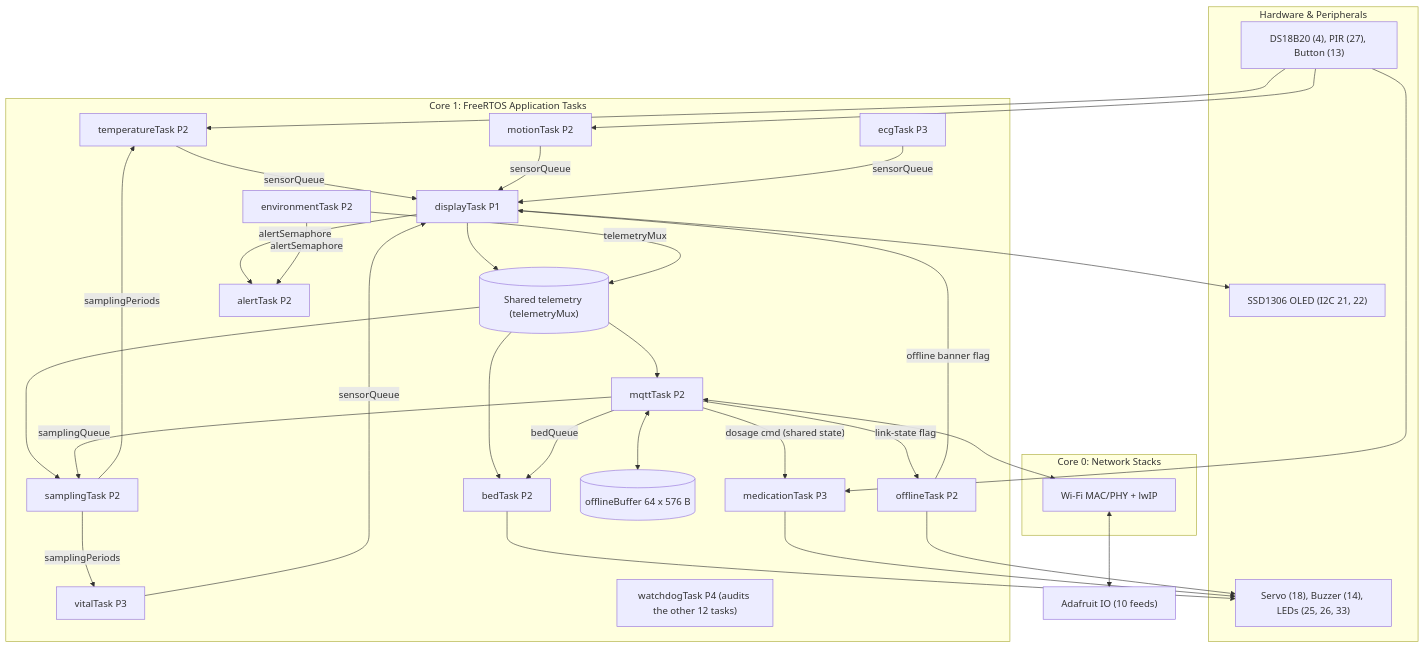
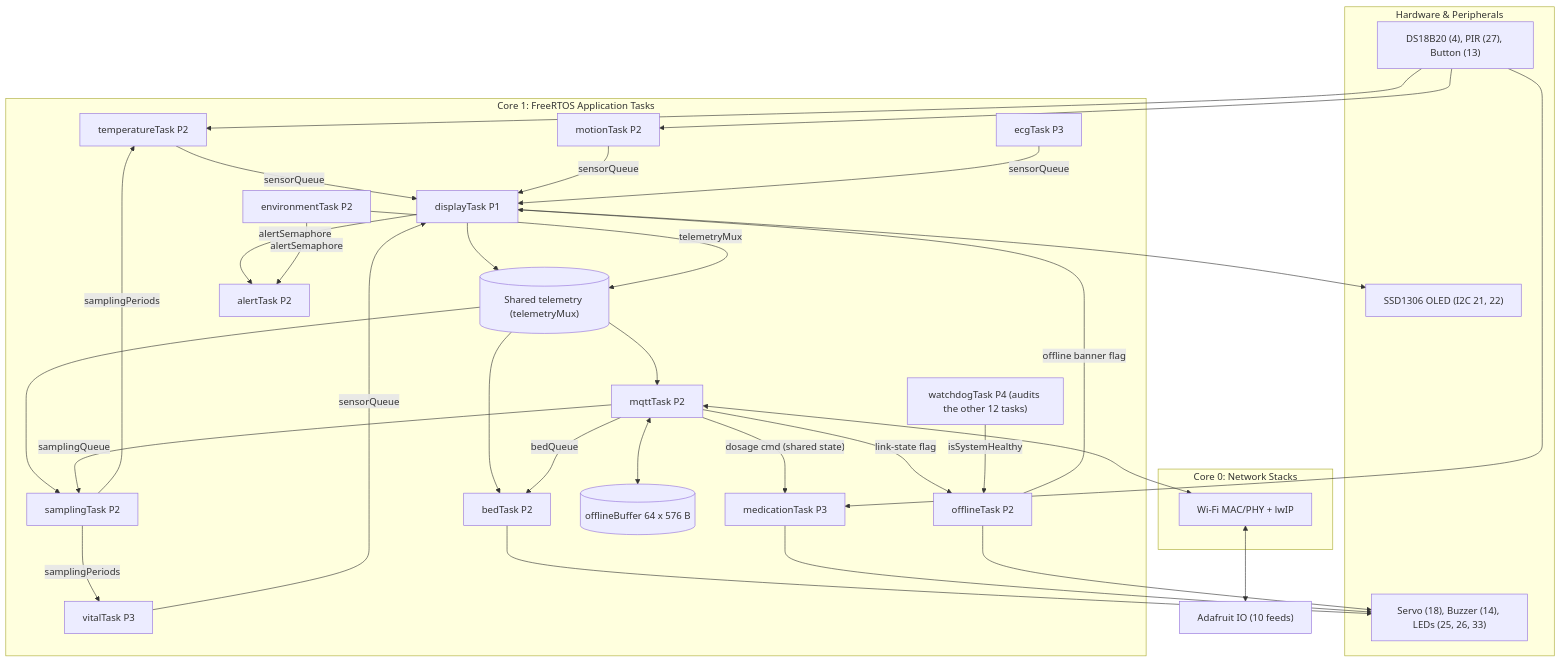
One commit to iamsayanghosh/Smart-Hospital-IoT changed the diagram in README.md. Above: the diagram before and after it, drawn with Mermaid.

Commit message:
docs(readme): connect watchdogTask to offlineTask in FreeRTOS pipeline diagram

````diff
--- a/README.md
+++ b/README.md
@@ -28,46 +28,47 @@
 ```mermaid
 graph TD
     subgraph HW["Hardware & Peripherals"]
         HW_SENS["DS18B20 (4), PIR (27), Button (13)"]
         HW_OLED["SSD1306 OLED (I2C 21, 22)"]
         HW_ACT["Servo (18), Buzzer (14), LEDs (25, 26, 33)"]
     end
     subgraph C1["Core 1: FreeRTOS Application Tasks"]
         TEMP["temperatureTask P2"]
         MOT["motionTask P2"]
         VIT["vitalTask P3"]
         ECG["ecgTask P3"]
         ENV["environmentTask P2"]
         DISP["displayTask P1"]
         TEL[("Shared telemetry (telemetryMux)")]
         SAMP["samplingTask P2"]
         ALERT["alertTask P2"]
         BED["bedTask P2"]
         MED["medicationTask P3"]
         MQTT["mqttTask P2"]
         BUF[("offlineBuffer 64 x 576 B")]
         OFF["offlineTask P2"]
         WDT["watchdogTask P4 (audits the other 12 tasks)"]
     end
     subgraph C0["Core 0: Network Stacks"]
         NET["Wi-Fi MAC/PHY + lwIP"]
     end
     CLOUD["Adafruit IO (10 feeds)"]
     HW_SENS --> TEMP & MOT & MED
     TEMP & MOT & VIT & ECG -->|sensorQueue| DISP
     DISP --> TEL
     ENV -->|telemetryMux| TEL
     DISP & ENV -->|alertSemaphore| ALERT
     DISP --> HW_OLED
     TEL --> BED & SAMP & MQTT
     SAMP -->|samplingPeriods| TEMP & VIT
     MQTT -->|samplingQueue| SAMP
     MQTT -->|bedQueue| BED
     MQTT -->|"dosage cmd (shared state)"| MED
     MQTT <--> BUF
     MQTT -->|link-state flag| OFF
+    WDT -->|isSystemHealthy| OFF
     OFF -->|offline banner flag| DISP
     BED & MED & OFF --> HW_ACT
     MQTT <--> NET
     NET <--> CLOUD
 ```
````
